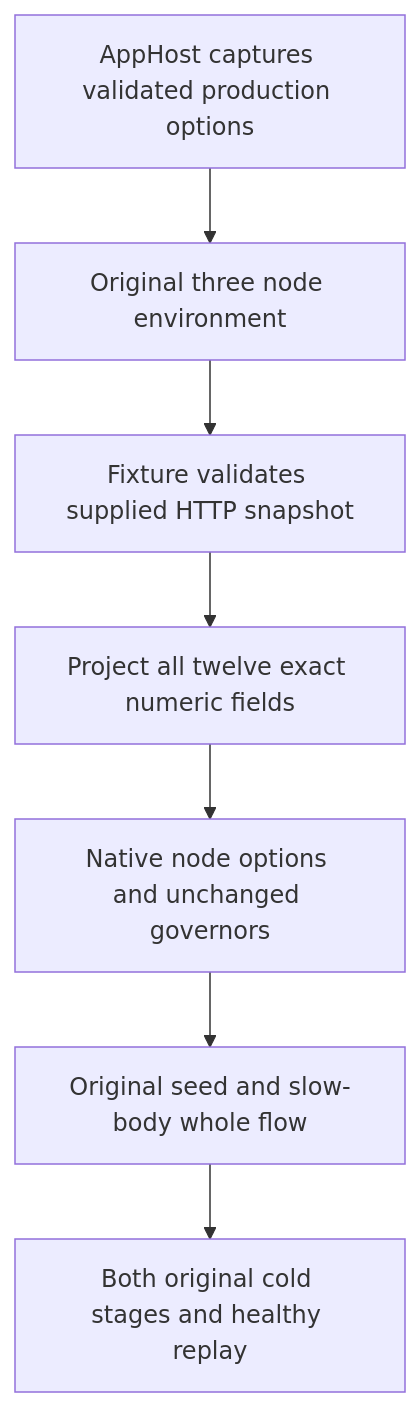
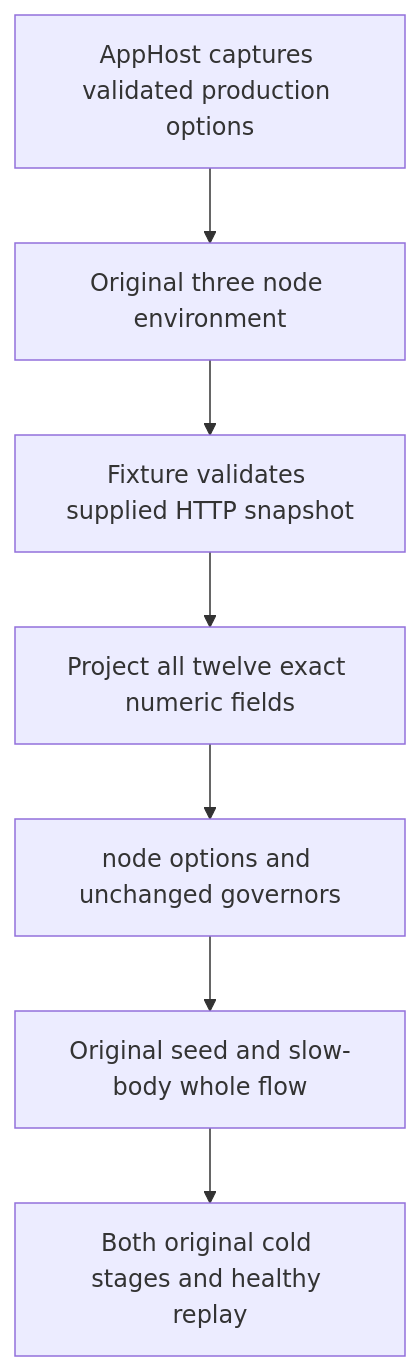
Before and after one commit to managedcode/KeyLoad: the second of 2 diagrams in docs/Features/ResourceExecution.md, drawn with Mermaid. The commit also changed other lines of this file and 9016 other files, not shown here.

````diff
--- a/docs/Features/ResourceExecution.md
+++ b/docs/Features/ResourceExecution.md
@@ -473,9 +473,9 @@
 ```mermaid
 flowchart TD
     A[AppHost captures validated production options] --> B[Original three node environment]
     B --> C[Fixture validates supplied HTTP snapshot]
     C --> D[Project all twelve exact numeric fields]
-    D --> E[Native node options and unchanged governors]
+    D --> E[node options and unchanged governors]
     E --> F[Original seed and slow-body whole flow]
     F --> G[Both original cold stages and healthy replay]
 ```
````
